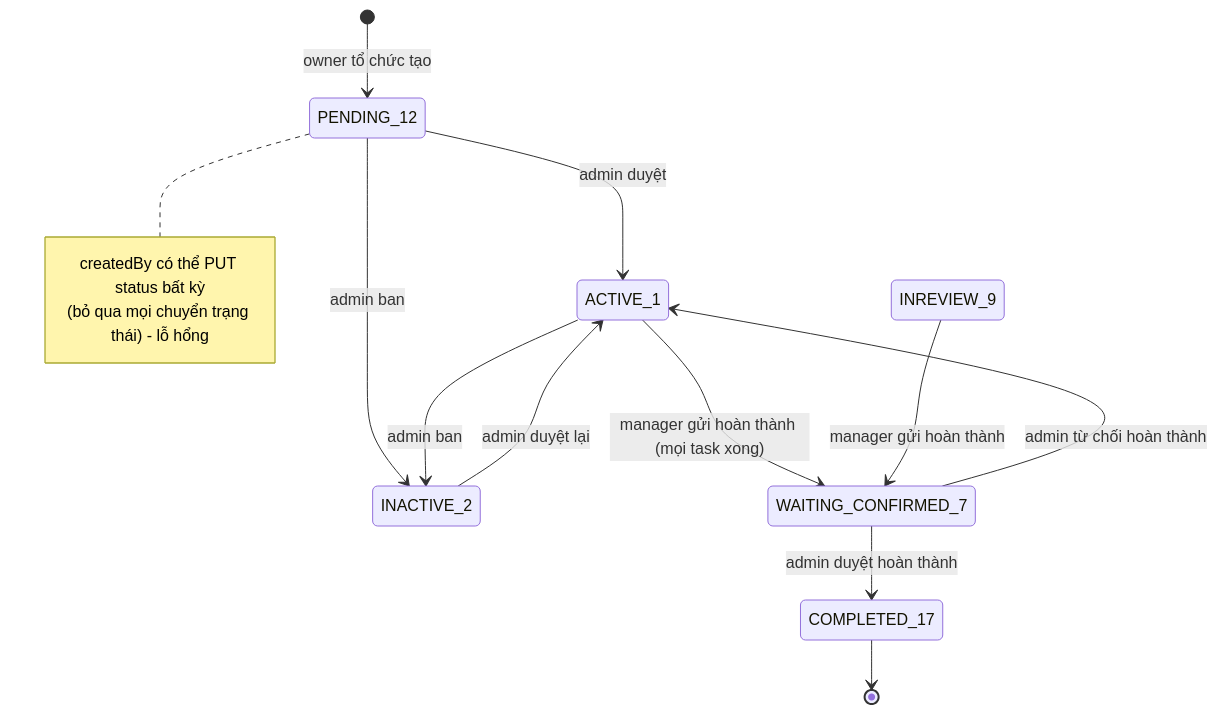
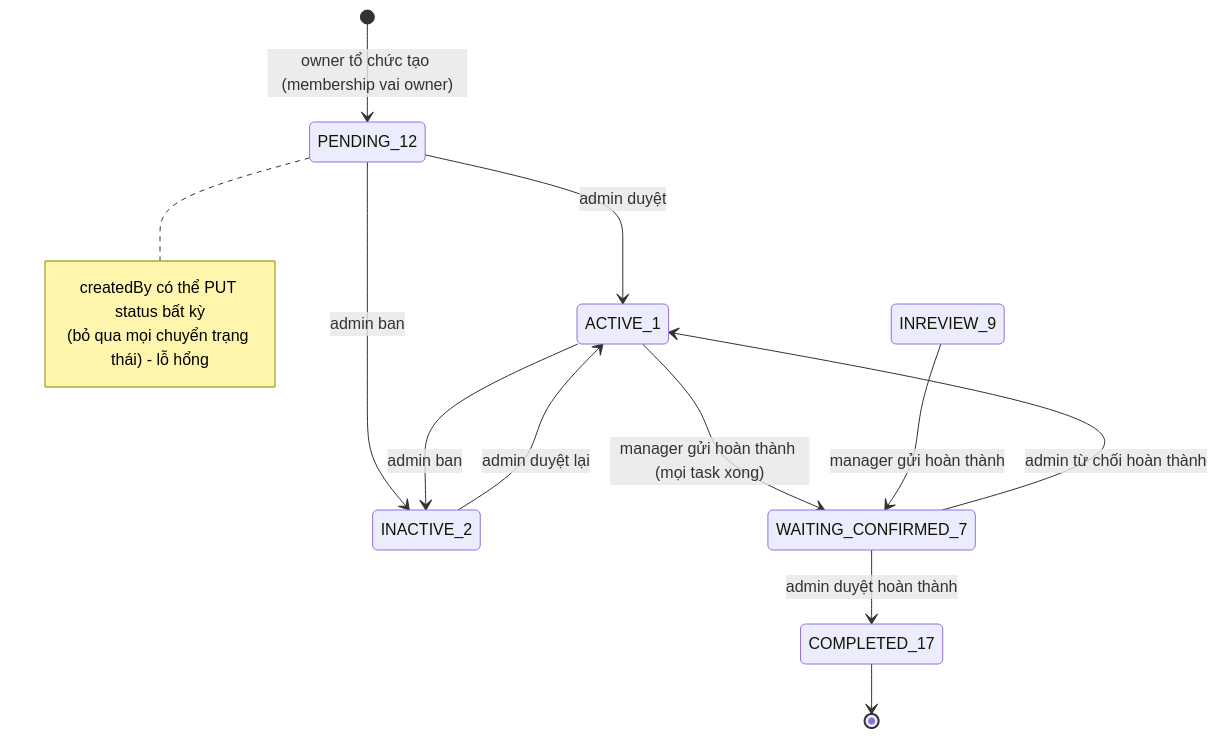
Before and after one commit to DOAN2-UQT-KN/ecolink-docs: the second of 11 diagrams in 04-state-machines.md, drawn with Mermaid. The commit also changed other lines of this file and 10 other files, not shown here.

Commit message:
docs: multi-owner organization registration flow

````diff
--- a/04-state-machines.md
+++ b/04-state-machines.md
@@ -41,17 +41,17 @@
 ```mermaid
 stateDiagram-v2
-  [*] --> PENDING_12: owner tổ chức tạo
+  [*] --> PENDING_12: owner tổ chức tạo (membership vai owner)
   PENDING_12 --> ACTIVE_1: admin duyệt
   PENDING_12 --> INACTIVE_2: admin ban
   ACTIVE_1 --> INACTIVE_2: admin ban
   INACTIVE_2 --> ACTIVE_1: admin duyệt lại
   ACTIVE_1 --> WAITING_CONFIRMED_7: manager gửi hoàn thành (mọi task xong)
   INREVIEW_9 --> WAITING_CONFIRMED_7: manager gửi hoàn thành
   WAITING_CONFIRMED_7 --> COMPLETED_17: admin duyệt hoàn thành
   WAITING_CONFIRMED_7 --> ACTIVE_1: admin từ chối hoàn thành
   COMPLETED_17 --> [*]
   note right of PENDING_12
     createdBy có thể PUT status bất kỳ
     (bỏ qua mọi chuyển trạng thái) - lỗ hổng
   end note
 ```
````
